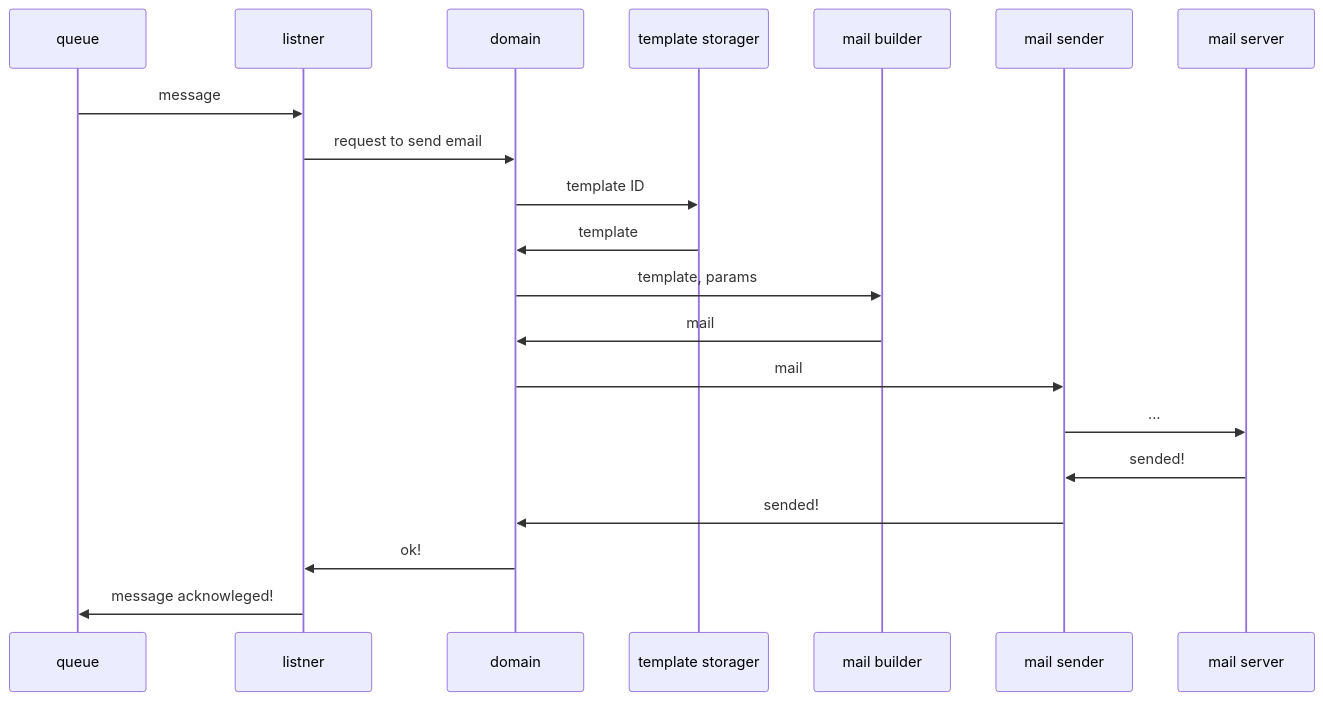
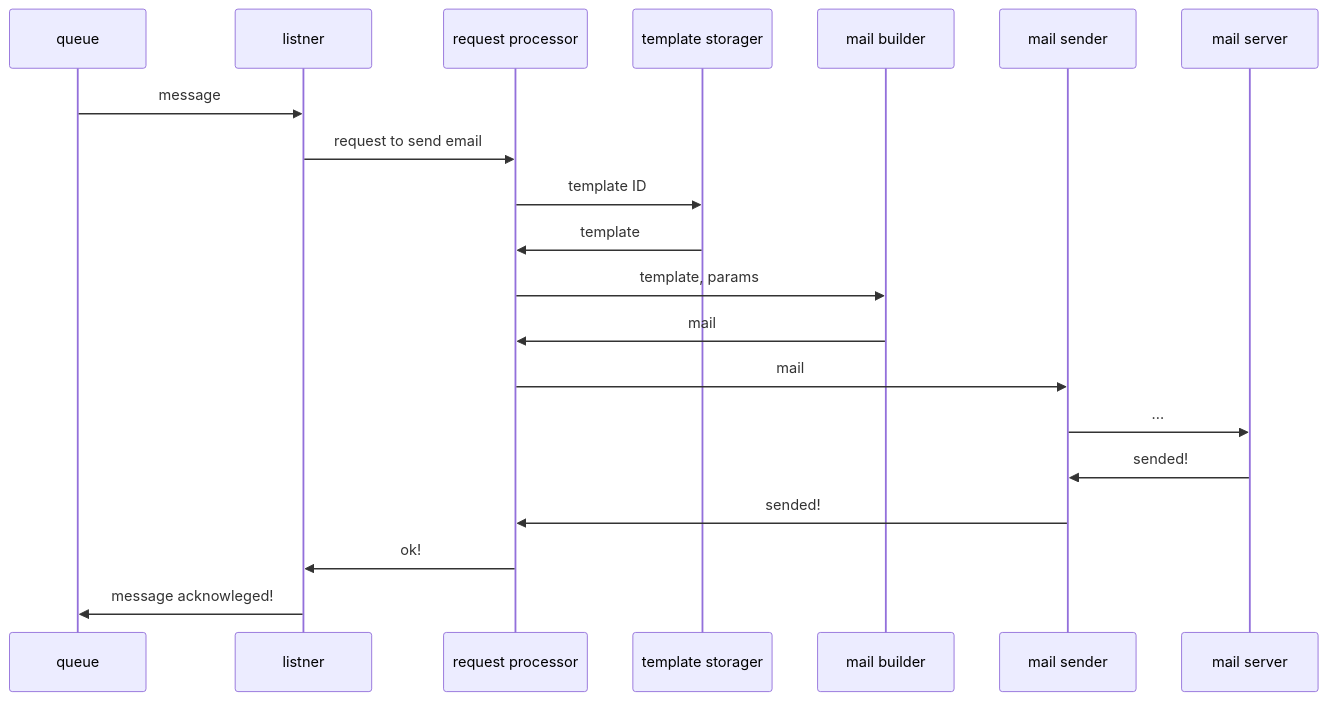
Before and after one commit to LakeevSergey/mailer: the second of 3 diagrams in docs/realization.md, drawn with Mermaid. The commit also changed other lines of this file, not shown here.

````diff
--- a/docs/realization.md
+++ b/docs/realization.md
@@ -51,22 +51,22 @@
 ```mermaid
 sequenceDiagram
     participant queue
     participant listner
-    participant domain
+    participant request processor
     participant template storager
     participant mail builder
     participant mail sender
     participant mail server
     queue->>listner: message
-    listner->>domain: request to send email
-    domain->>template storager: template ID
-    template storager->>domain: template
-    domain->>mail builder: template, params
-    mail builder->>domain: mail
-    domain->>mail sender: mail
+    listner->>request processor: request to send email
+    request processor->>template storager: template ID
+    template storager->>request processor: template
+    request processor->>mail builder: template, params
+    mail builder->>request processor: mail
+    request processor->>mail sender: mail
     mail sender->>mail server: ...
     mail server->>mail sender: sended!
-    mail sender->>domain: sended!
-    domain->>listner: ok!
+    mail sender->>request processor: sended!
+    request processor->>listner: ok!
     listner->>queue: message acknowleged!
 ```
````
